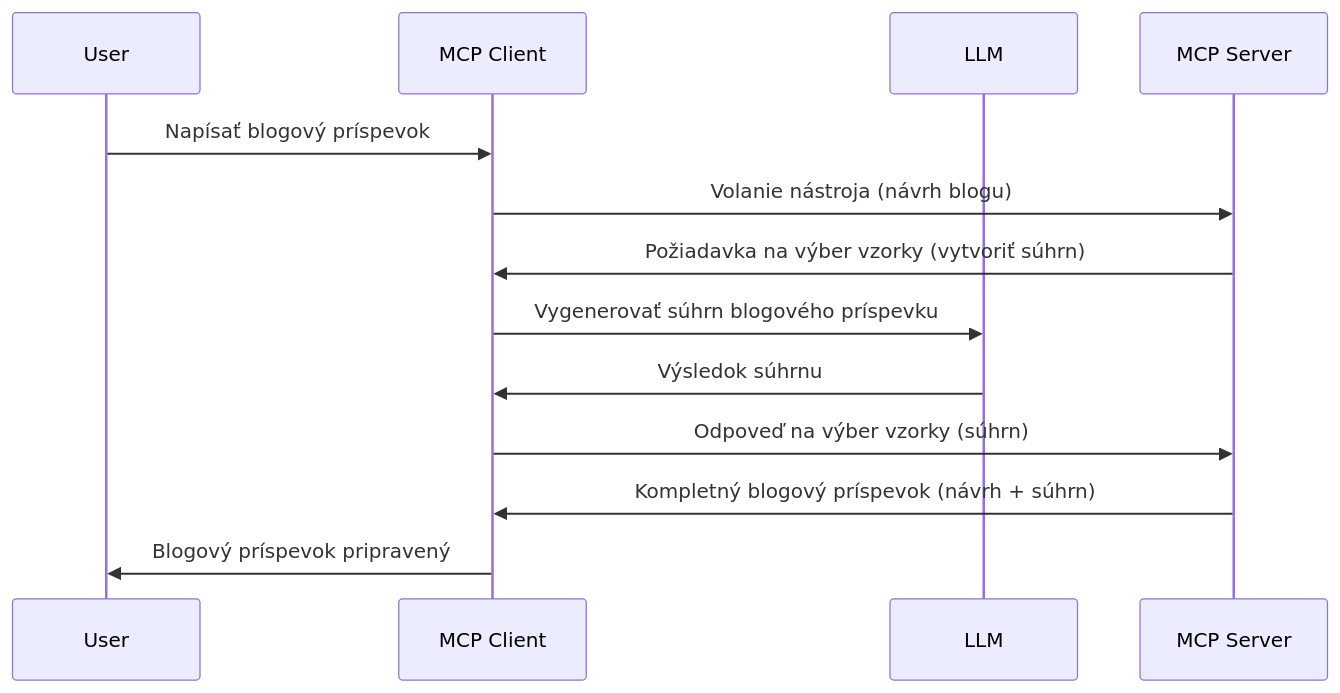
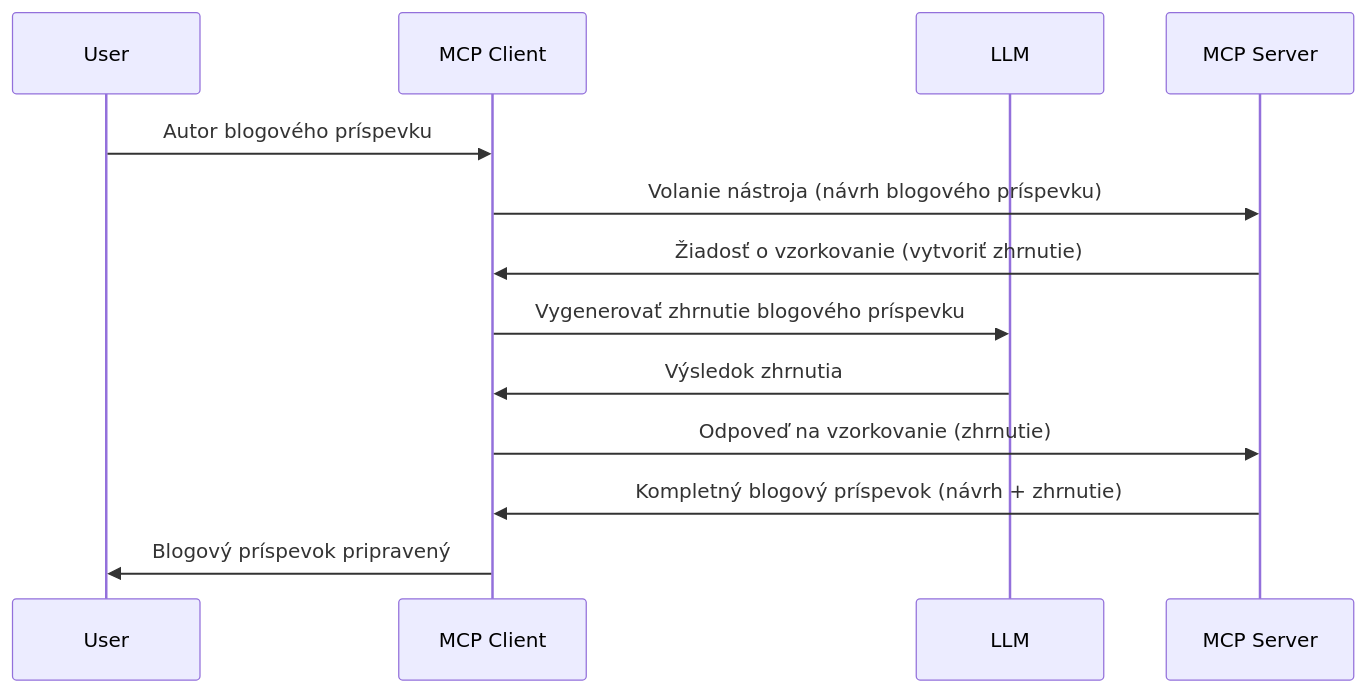
Before and after one commit to HIDORAKAI002/ai-workspace-archive: the diagram in mcp_ecosystem__model_context_protocol/mcp_learning_resources/mcp-for-beginners/translations/sk/03-GettingStarted/14-sampling/README.md, drawn with Mermaid. The commit also changed other lines of this file and 1160 other files, not shown here.

````diff
--- a/mcp_ecosystem__model_context_protocol/mcp_learning_resources/mcp-for-beginners/translations/sk/03-GettingStarted/14-sampling/README.md
+++ b/mcp_ecosystem__model_context_protocol/mcp_learning_resources/mcp-for-beginners/translations/sk/03-GettingStarted/14-sampling/README.md
@@ -23,16 +23,16 @@
 ```mermaid
 sequenceDiagram
     participant User
     participant MCP Client
     participant LLM
     participant MCP Server
 
-    User->>MCP Client: Napísať blogový príspevok
-    MCP Client->>MCP Server: Volanie nástroja (návrh blogu)
-    MCP Server->>MCP Client: Požiadavka na výber vzorky (vytvoriť súhrn)
-    MCP Client->>LLM: Vygenerovať súhrn blogového príspevku
-    LLM->>MCP Client: Výsledok súhrnu
-    MCP Client->>MCP Server: Odpoveď na výber vzorky (súhrn)
-    MCP Server->>MCP Client: Kompletný blogový príspevok (návrh + súhrn)
+    User->>MCP Client: Autor blogového príspevku
+    MCP Client->>MCP Server: Volanie nástroja (návrh blogového príspevku)
+    MCP Server->>MCP Client: Žiadosť o vzorkovanie (vytvoriť zhrnutie)
+    MCP Client->>LLM: Vygenerovať zhrnutie blogového príspevku
+    LLM->>MCP Client: Výsledok zhrnutia
+    MCP Client->>MCP Server: Odpoveď na vzorkovanie (zhrnutie)
+    MCP Server->>MCP Client: Kompletný blogový príspevok (návrh + zhrnutie)
     MCP Client->>User: Blogový príspevok pripravený
 ```
````
